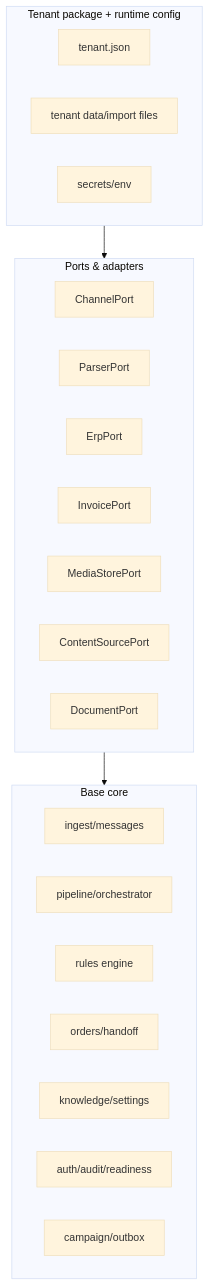
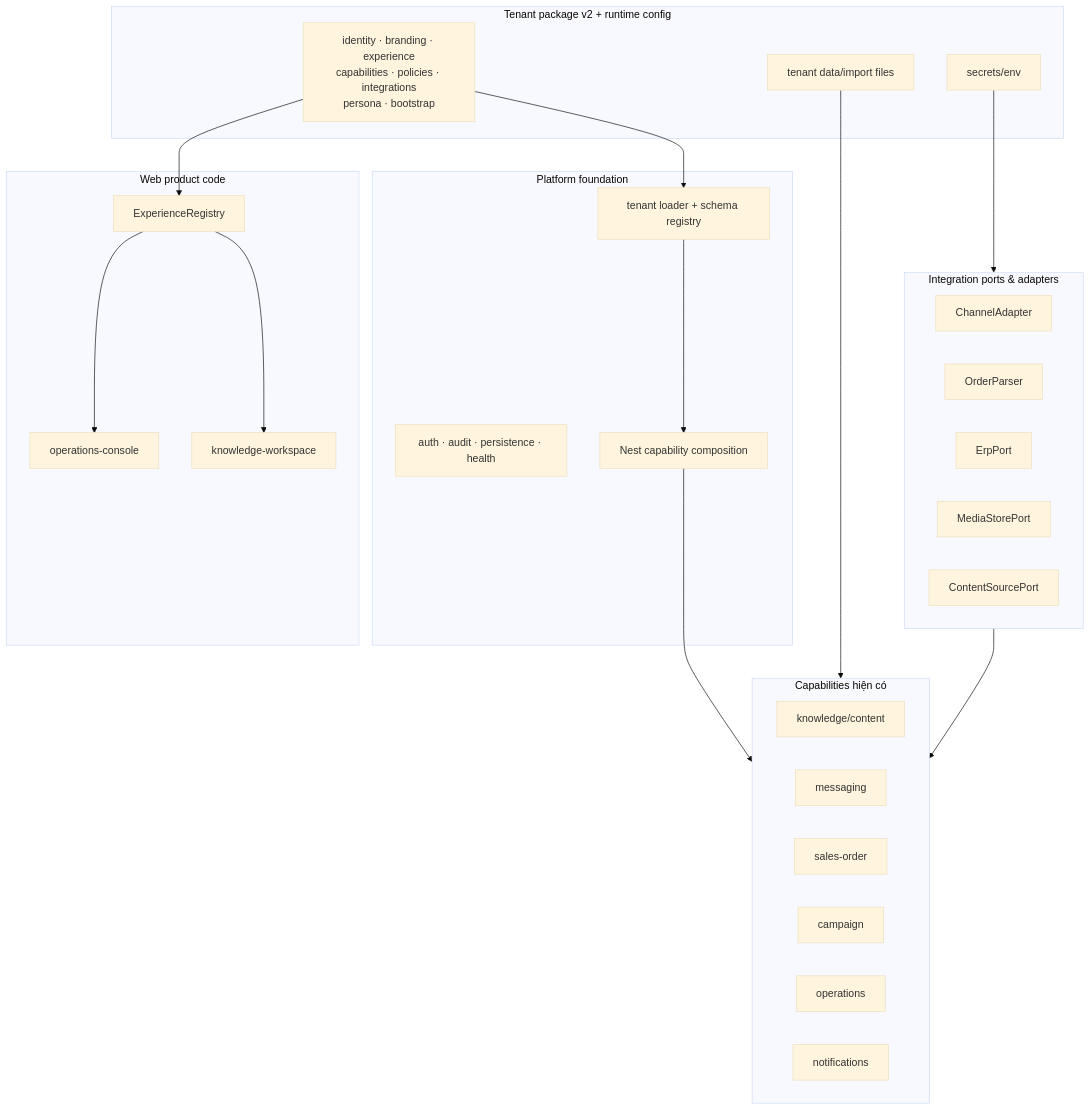
One commit to phungtienviet14-sketch/nexagnet-platform changed the diagram in docs/kien-truc/nen-tang-da-khach.md. Above: the diagram before and after it, drawn with Mermaid (base theme). The commit also changed other lines of this file and 75 other files, not shown here.

````diff
--- a/docs/kien-truc/nen-tang-da-khach.md
+++ b/docs/kien-truc/nen-tang-da-khach.md
@@ -50,31 +54,45 @@
 ```mermaid
 flowchart TB
-    subgraph Tenant["Tenant package + runtime config"]
-        TC["tenant.json"]
+    subgraph Tenant["Tenant package v2 + runtime config"]
+        TC["identity · branding · experience<br/>capabilities · policies · integrations<br/>persona · bootstrap"]
         TD["tenant data/import files"]
         TS["secrets/env"]
     end
 
-    subgraph Ports["Ports & adapters"]
-        CH["ChannelPort"]
-        PA["ParserPort"]
+    subgraph Foundation["Platform foundation"]
+        TR["tenant loader + schema registry"]
+        AU["auth · audit · persistence · health"]
+        CR["Nest capability composition"]
+    end
+
+    subgraph Capabilities["Capabilities hiện có"]
+        KN["knowledge/content"]
+        MSG["messaging"]
+        SO["sales-order"]
+        CA["campaign"]
+        OP["operations"]
+        NO["notifications"]
+    end
+
+    subgraph Ports["Integration ports & adapters"]
+        CH["ChannelAdapter"]
+        PA["OrderParser"]
         EP["ErpPort"]
-        IV["InvoicePort"]
         MS["MediaStorePort"]
         CS["ContentSourcePort"]
-        DP["DocumentPort"]
     end
 
-    subgraph Core["Base core"]
-        IN["ingest/messages"]
-        PX["pipeline/orchestrator"]
-        RU["rules engine"]
-        OR["orders/handoff"]
-        KN["knowledge/settings"]
-        AU["auth/audit/readiness"]
-        CA["campaign/outbox"]
+    subgraph Web["Web product code"]
+        ER["ExperienceRegistry"]
+        OC["operations-console"]
+        KW["knowledge-workspace"]
     end
 
-    Tenant --> Ports
-    Ports --> Core
+    TC --> TR --> CR --> Capabilities
+    TD --> Capabilities
+    TS --> Ports
+    Ports --> Capabilities
+    TC --> ER
+    ER --> OC
+    ER --> KW
 ```
````
